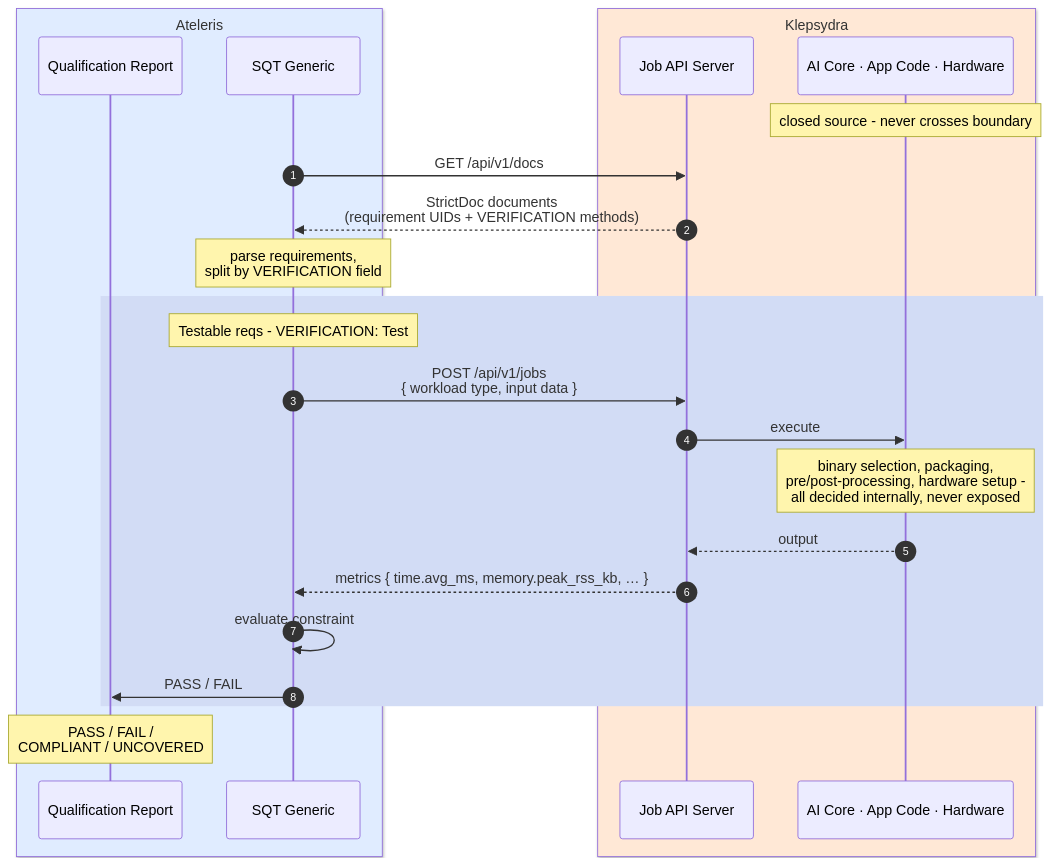
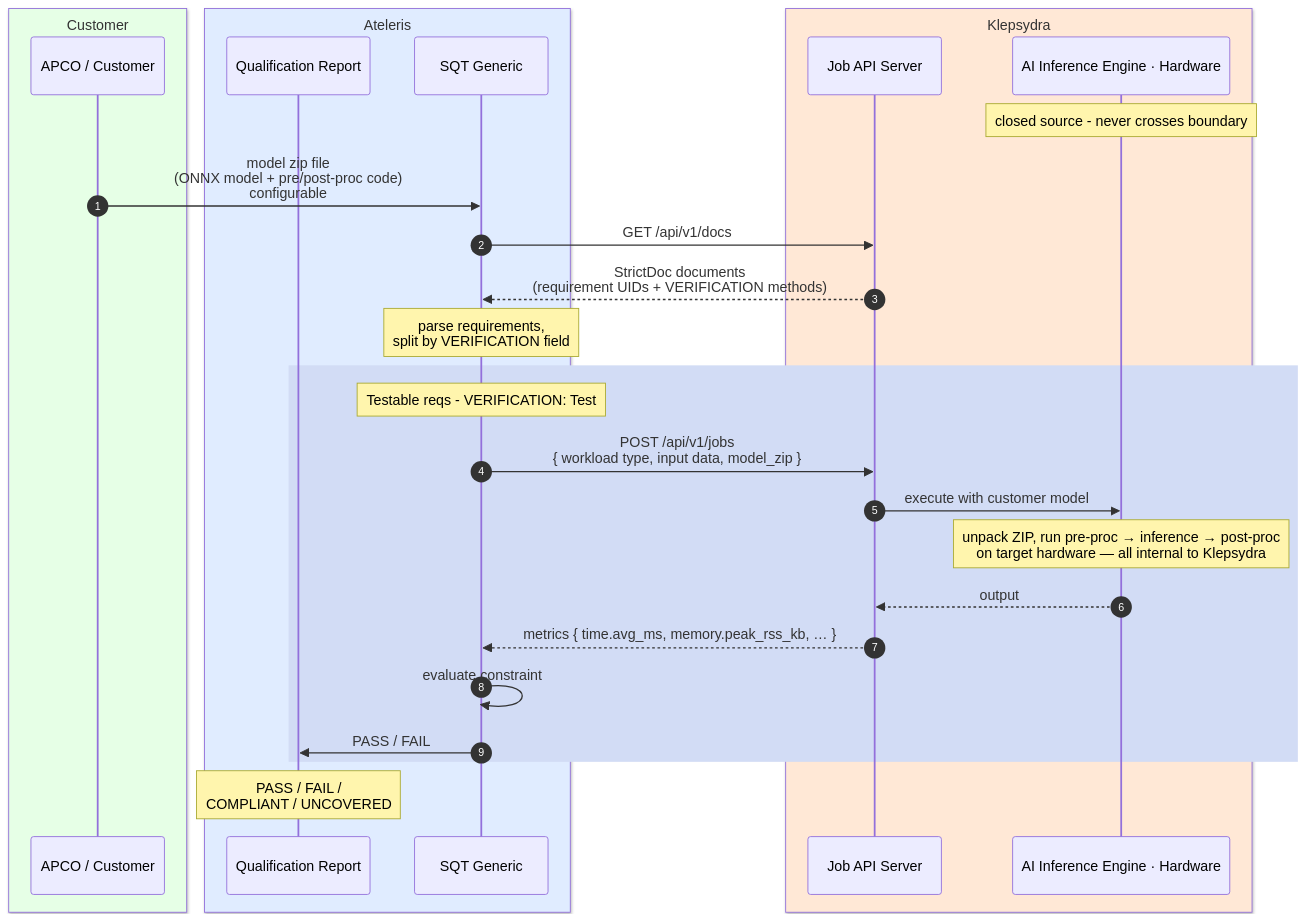
The diagram in sqt-klepsydra-interface.mmd (ateleris/qsmart-sqt), drawn with Mermaid before and after one commit. The commit also changed 3 other files, not shown here.

Commit message:
Add new requirement for model zip

```diff
--- a/sqt-klepsydra-interface.mmd
+++ b/sqt-klepsydra-interface.mmd
@@ -1,31 +1,37 @@
 sequenceDiagram
     autonumber
+    box rgb(230,255,230) Customer
+        participant customer as APCO / Customer
+    end
+
     box rgb(224,236,255) Ateleris
         participant report as Qualification Report
         participant sqt    as SQT Generic
     end
 
     box rgb(255,232,214) Klepsydra
         participant api   as Job API Server
-        participant black  as AI Core · App Code · Hardware
+        participant black  as AI Inference Engine · Hardware
     end
 
     Note over black: closed source - never crosses boundary
+
+    customer ->> sqt: model zip file<br/>(ONNX model + pre/post-proc code)<br/>configurable
 
     sqt ->> api: GET /api/v1/docs
     api -->> sqt: StrictDoc documents<br/>(requirement UIDs + VERIFICATION methods)
 
     Note over sqt: parse requirements,<br/>split by VERIFICATION field
     rect rgb(210,220,245)
         Note over sqt: Testable reqs - VERIFICATION: Test
 
-        sqt ->> api: POST /api/v1/jobs<br/>{ workload type, input data }
-        api ->> black: execute
-        Note over black: binary selection, packaging,<br/>pre/post-processing, hardware setup -<br/>all decided internally, never exposed
+        sqt ->> api: POST /api/v1/jobs<br/>{ workload type, input data, model_zip }
+        api ->> black: execute with customer model
+        Note over black: unpack ZIP, run pre-proc → inference → post-proc<br/>on target hardware — all internal to Klepsydra
         black -->> api: output
         api -->> sqt: metrics { time.avg_ms, memory.peak_rss_kb, … }
 
         sqt ->> sqt: evaluate constraint
         sqt ->> report: PASS / FAIL
     end
     Note over report: PASS / FAIL / <br> COMPLIANT / UNCOVERED
```
